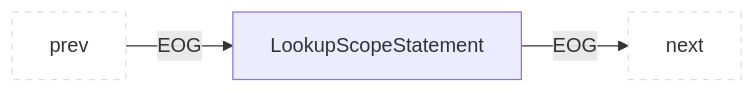
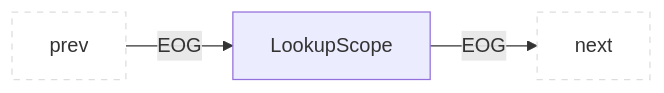
Diagram 44 of 49 in docs/docs/CPG/specs/eog.md (Fraunhofer-AISEC/cpg), drawn with Mermaid before and after one commit. The commit also changed other lines of this file and 99 other files, not shown here.

````diff
--- a/docs/docs/CPG/specs/eog.md
+++ b/docs/docs/CPG/specs/eog.md
@@ -882,6 +882,6 @@
 ```mermaid
 flowchart LR
   classDef outer fill:#fff,stroke:#ddd,stroke-dasharray:5 5;
-  prev:::outer --EOG--> parent["LookupScopeStatement"]
+  prev:::outer --EOG--> parent["LookupScope"]
   parent --EOG--> next:::outer
 ```
````
